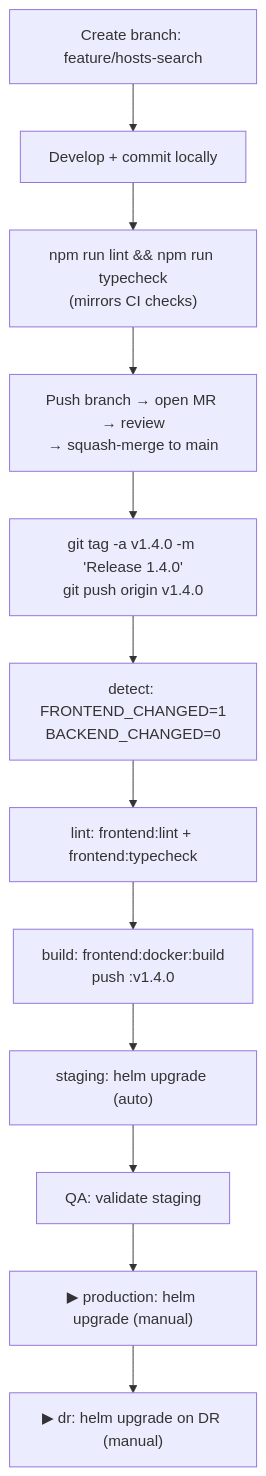
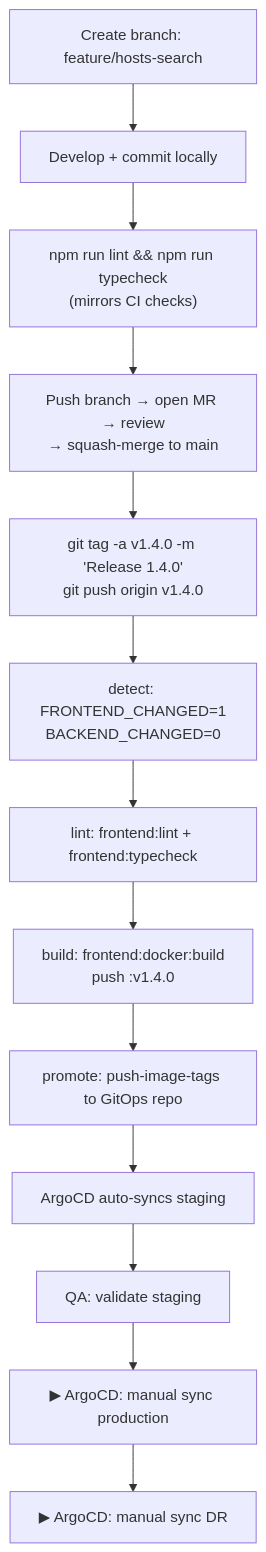
One commit to idokuli/Zabbix_Portal changed the seventh of 7 diagrams in WORKFLOW.md. Above: the diagram before and after it, drawn with Mermaid. The commit also changed other lines of this file and 186 other files, not shown here.

````diff
--- a/WORKFLOW.md
+++ b/WORKFLOW.md
@@ -302,14 +272,15 @@
 ```mermaid
 flowchart TD
     A["Create branch: feature/hosts-search"] --> B["Develop + commit locally"]
     B --> C["npm run lint && npm run typecheck\n(mirrors CI checks)"]
     C --> D["Push branch → open MR → review\n→ squash-merge to main"]
     D --> E["git tag -a v1.4.0 -m 'Release 1.4.0'\ngit push origin v1.4.0"]
     E --> F["detect: FRONTEND_CHANGED=1\nBACKEND_CHANGED=0"]
     F --> G["lint: frontend:lint + frontend:typecheck"]
     G --> H["build: frontend:docker:build\npush :v1.4.0"]
-    H --> I["staging: helm upgrade (auto)"]
-    I --> J["QA: validate staging"]
-    J --> K["▶ production: helm upgrade (manual)"]
-    K --> L["▶ dr: helm upgrade on DR (manual)"]
+    H --> I["promote: push-image-tags to GitOps repo"]
+    I --> J["ArgoCD auto-syncs staging"]
+    J --> K["QA: validate staging"]
+    K --> L["▶ ArgoCD: manual sync production"]
+    L --> M["▶ ArgoCD: manual sync DR"]
 ```
````
